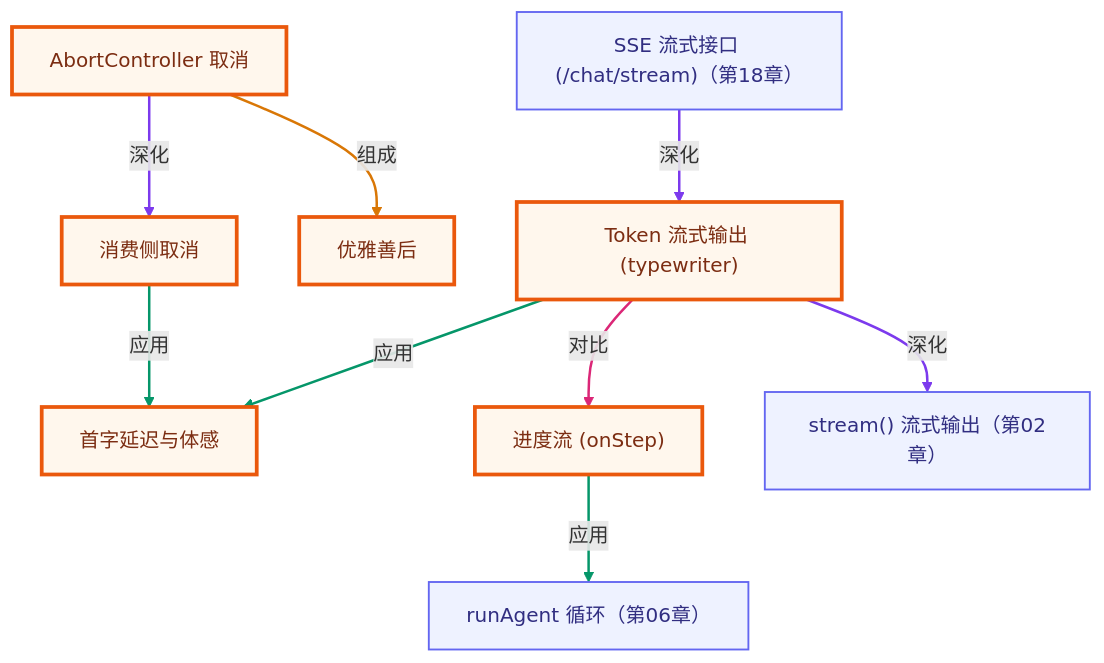
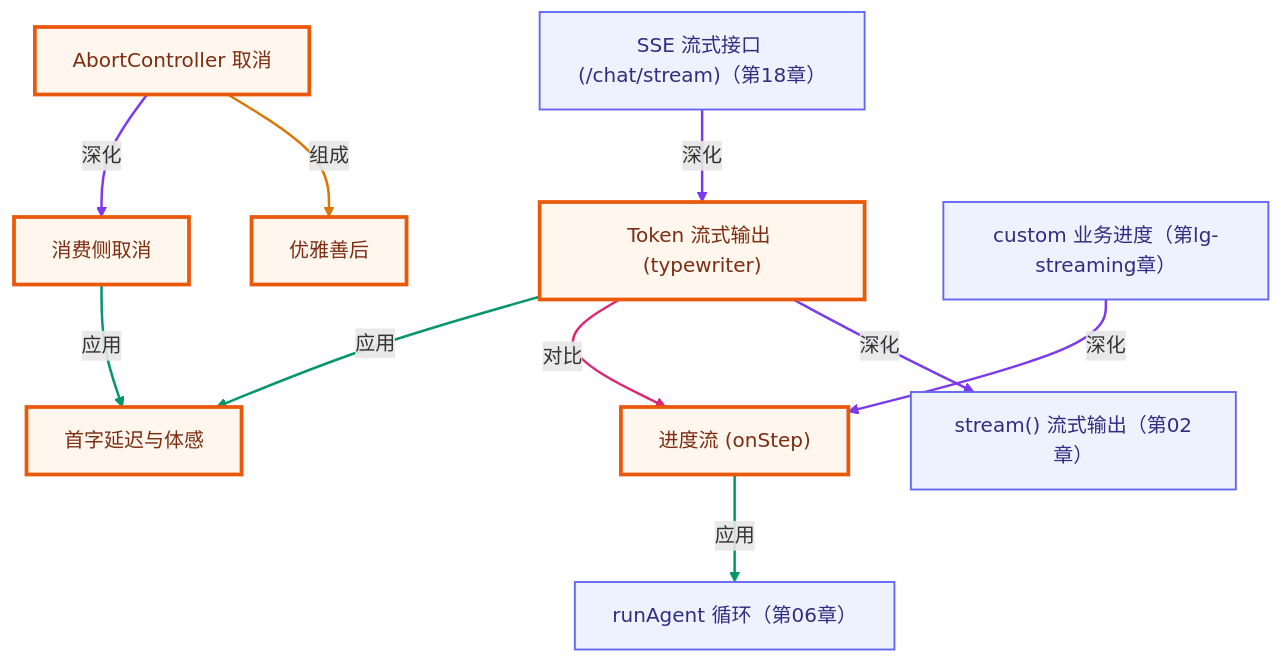
The second of 2 diagrams in lessons/14-streaming-and-ux/README.md (songuu/agent), drawn with Mermaid before and after one commit. The commit also changed other lines of this file and 36 other files, not shown here.

First line of the commit message:
feat(docs): introduce 2026 Agent trends and architecture framework

````diff
--- a/lessons/14-streaming-and-ux/README.md
+++ b/lessons/14-streaming-and-ux/README.md
@@ -264,32 +264,35 @@
 ```mermaid
 graph TB
   classDef own fill:#fff7ed,stroke:#ea580c,stroke-width:3px,color:#7c2d12;
   classDef cross fill:#eef2ff,stroke:#6366f1,stroke-width:1.5px,color:#312e81;
   n_c14_token_streaming["Token 流式输出 (typewriter)"]
   n_c14_perceived_latency["首字延迟与体感"]
   n_c14_progress_streaming["进度流 (onStep)"]
   n_c14_abort_controller["AbortController 取消"]
   n_c14_consumer_side_cancel["消费侧取消"]
   n_c14_graceful_cleanup["优雅善后"]
   n_c02_stream["stream() 流式输出（第02章）"]
   n_c06_run_agent_loop["runAgent 循环（第06章）"]
   n_c18_sse_streaming["SSE 流式接口 (/chat/stream)（第18章）"]
+  n_lges_custom_progress["custom 业务进度（第lg-streaming章）"]
   n_c14_token_streaming -->|应用| n_c14_perceived_latency
   n_c14_token_streaming -->|对比| n_c14_progress_streaming
   n_c14_abort_controller -->|深化| n_c14_consumer_side_cancel
   n_c14_abort_controller -->|组成| n_c14_graceful_cleanup
   n_c14_consumer_side_cancel -->|应用| n_c14_perceived_latency
   n_c14_token_streaming -->|深化| n_c02_stream
   n_c14_progress_streaming -->|应用| n_c06_run_agent_loop
   n_c18_sse_streaming -->|深化| n_c14_token_streaming
+  n_lges_custom_progress -->|深化| n_c14_progress_streaming
   class n_c14_token_streaming,n_c14_perceived_latency,n_c14_progress_streaming,n_c14_abort_controller,n_c14_consumer_side_cancel,n_c14_graceful_cleanup own;
-  class n_c02_stream,n_c06_run_agent_loop,n_c18_sse_streaming cross;
+  class n_c02_stream,n_c06_run_agent_loop,n_c18_sse_streaming,n_lges_custom_progress cross;
   linkStyle 0 stroke:#059669,stroke-width:2px;
   linkStyle 1 stroke:#db2777,stroke-width:2px;
   linkStyle 2 stroke:#7c3aed,stroke-width:2px;
   linkStyle 3 stroke:#d97706,stroke-width:2px;
   linkStyle 4 stroke:#059669,stroke-width:2px;
   linkStyle 5 stroke:#7c3aed,stroke-width:2px;
   linkStyle 6 stroke:#059669,stroke-width:2px;
   linkStyle 7 stroke:#7c3aed,stroke-width:2px;
+  linkStyle 8 stroke:#7c3aed,stroke-width:2px;
 ```
````
